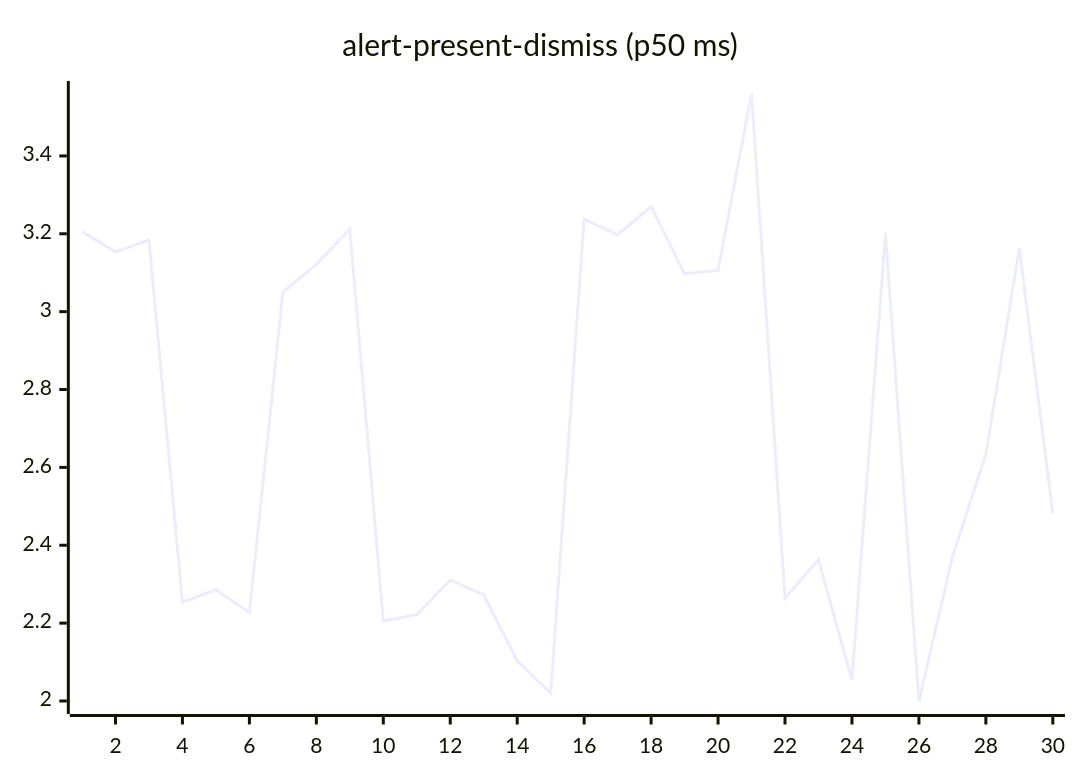
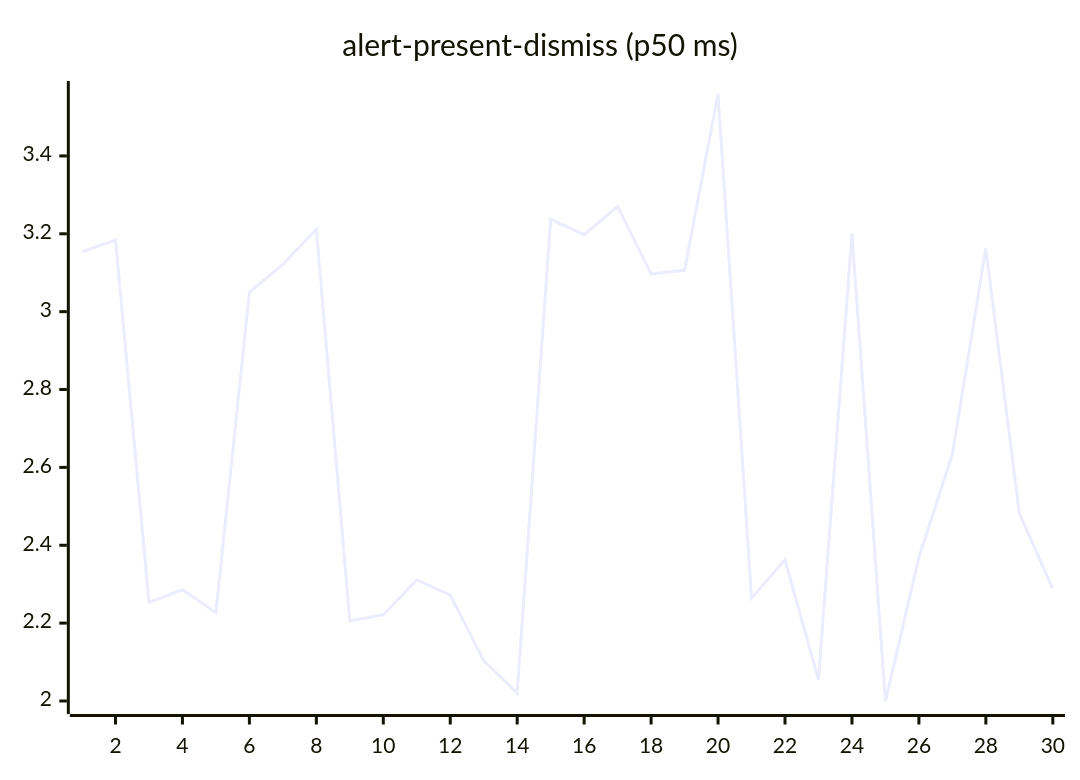
One commit to josha/Facet changed the second of 27 diagrams in README.md. Above: the diagram before and after it, drawn with Mermaid. The commit also changed other lines of this file and 2 other files, not shown here.

````diff
--- a/README.md
+++ b/README.md
@@ -70,6 +70,6 @@
 ```mermaid
 xychart-beta
     title "alert-present-dismiss (p50 ms)"
     x-axis 1 --> 30
-    line [3.2058, 3.1536, 3.1837, 2.2536, 2.2857, 2.2272, 3.0496, 3.1212, 3.2117, 2.2054, 2.2216, 2.3109, 2.2722, 2.1040, 2.0200, 3.2371, 3.1976, 3.2697, 3.0970, 3.1061, 3.5597, 2.2642, 2.3626, 2.0543, 3.2013, 1.9993, 2.3689, 2.6340, 3.1626, 2.4814]
+    line [3.1536, 3.1837, 2.2536, 2.2857, 2.2272, 3.0496, 3.1212, 3.2117, 2.2054, 2.2216, 2.3109, 2.2722, 2.1040, 2.0200, 3.2371, 3.1976, 3.2697, 3.0970, 3.1061, 3.5597, 2.2642, 2.3626, 2.0543, 3.2013, 1.9993, 2.3689, 2.6340, 3.1626, 2.4814, 2.2888]
 ```
````
